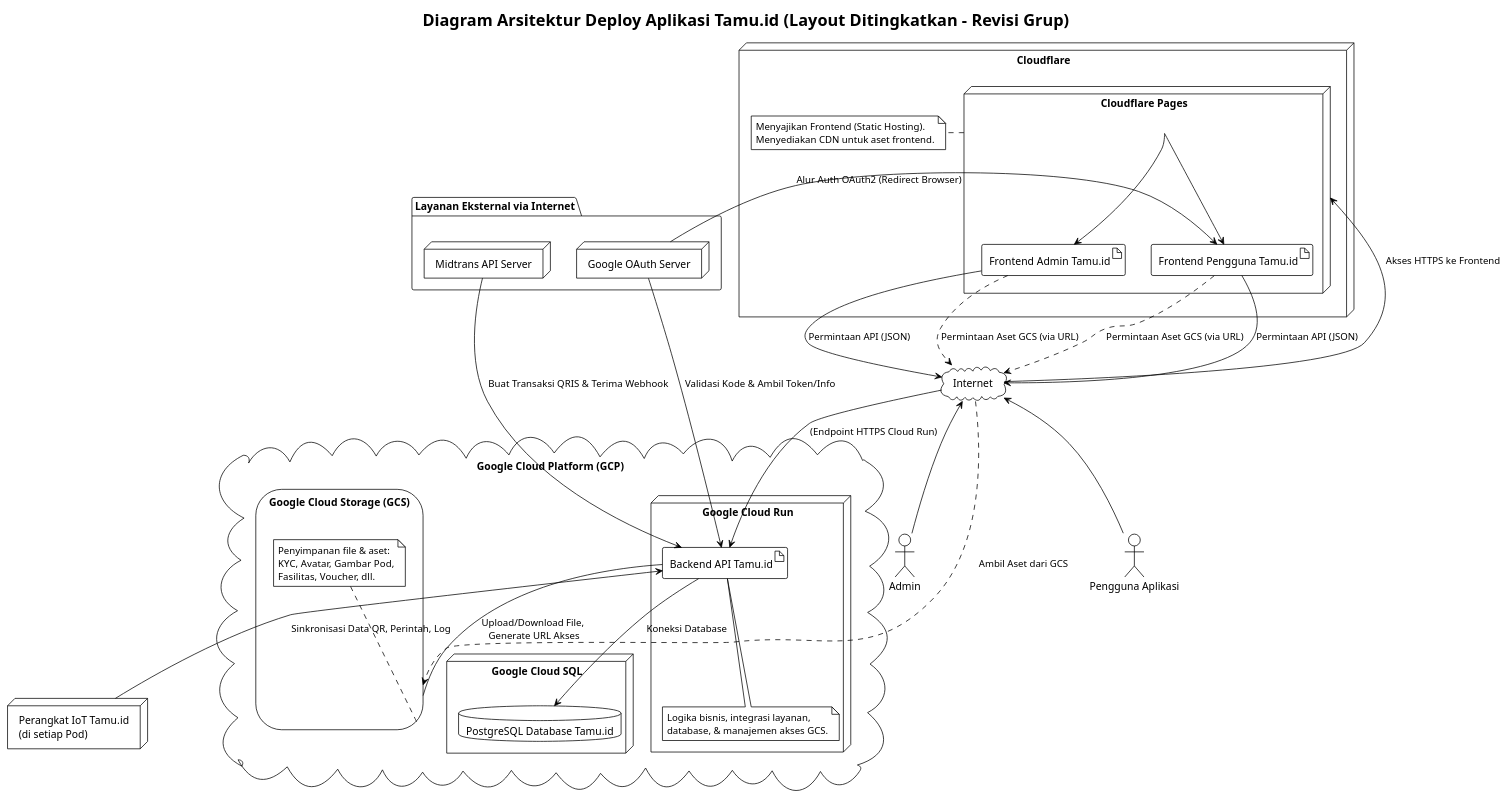
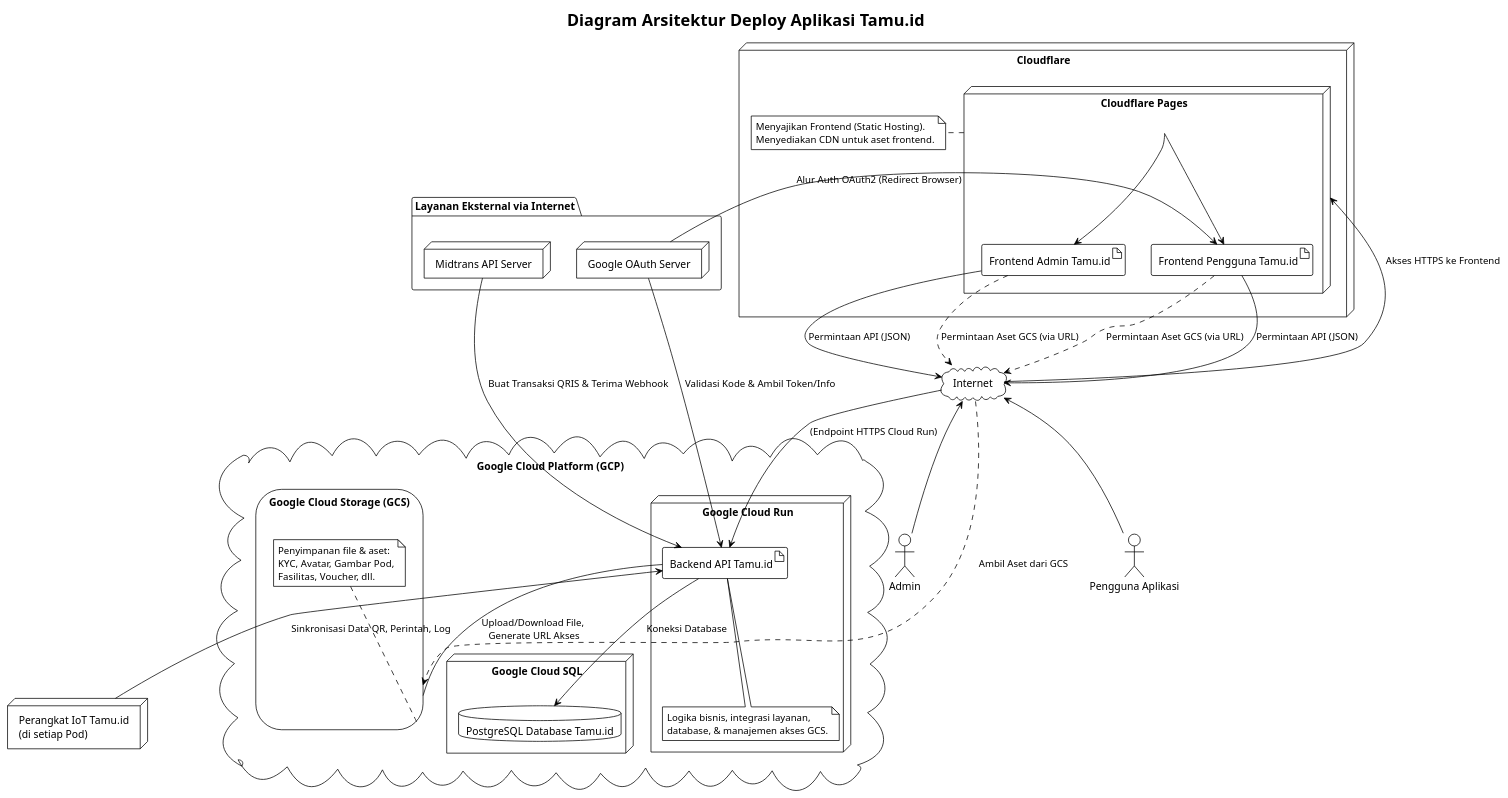
The diagram in diagram/raw/oth/deploy.plantuml (aliifam/final-project), drawn with PlantUML before and after one commit. The commit also changed 15 other files, not shown here.

```diff
--- a/diagram/raw/oth/deploy.plantuml
+++ b/diagram/raw/oth/deploy.plantuml
@@ -1,92 +1,92 @@
 @startuml
 !theme plain
 top to bottom direction
 
-title Diagram Arsitektur Deploy Aplikasi Tamu.id (Layout Ditingkatkan - Revisi Grup)
+title Diagram Arsitektur Deploy Aplikasi Tamu.id
 
 ' Aktor
 actor "Pengguna Aplikasi" as User
 actor "Admin" as AdminUser
 
 ' Internet sebagai media akses dan koneksi ke layanan eksternal
 cloud "Internet" as Internet
 
 ' Infrastruktur Frontend di Cloudflare
 node "Cloudflare" as CloudflarePlatform {
     node "Cloudflare Pages" as CFPages {
         artifact "Frontend Pengguna Tamu.id" as UserFE
         artifact "Frontend Admin Tamu.id" as AdminFE
     }
     note right of CFPages
         Menyajikan Frontend (Static Hosting).
         Menyediakan CDN untuk aset frontend.
     end note
 }
 
 ' Infrastruktur Backend, Database, dan Storage di Google Cloud Platform (GCP)
 cloud "Google Cloud Platform (GCP)" as GCP {
     node "Google Cloud Run" as CloudRunService {
         artifact "Backend API Tamu.id" as BackendAPI
         note as BackendApiNote
             Logika bisnis, integrasi layanan,
             database, & manajemen akses GCS.
         end note
         BackendAPI .. BackendApiNote
     }
     node "Google Cloud SQL" as CloudSQLInstance {
         database "PostgreSQL Database Tamu.id" as PostgresDB
     }
     storage "Google Cloud Storage (GCS)" as GCS {
         note top of GCS
             Penyimpanan file & aset:
             KYC, Avatar, Gambar Pod,
             Fasilitas, Voucher, dll.
         end note
     }
 }
 
 ' Layanan Eksternal (dikelompokkan untuk kerapian)
 package "Layanan Eksternal via Internet" { 
     node "Google OAuth Server" as GoogleOAuthServer
     node "Midtrans API Server" as MidtransAPIServer
 }
 
 node "Perangkat IoT Tamu.id\n(di setiap Pod)" as IoTDevice
 
 
 ' === Alur Utama Aplikasi ===
 User -up-> Internet
 AdminUser -up-> Internet
 Internet -down-> CFPages : Akses HTTPS ke Frontend
 
 CFPages -down-> UserFE
 CFPages -down-> AdminFE
 
 ' Interaksi Frontend dengan Backend
 UserFE -down-> Internet : Permintaan API (JSON)
 AdminFE -down-> Internet : Permintaan API (JSON)
 Internet -down-> BackendAPI : (Endpoint HTTPS Cloud Run)
 
 ' Interaksi Backend dengan GCP Services
 BackendAPI -down-> PostgresDB : Koneksi Database
 BackendAPI -- GCS : Upload/Download File, \nGenerate URL Akses
 
 ' Interaksi Frontend untuk mengakses Aset dari GCS
 UserFE .down.> Internet : Permintaan Aset GCS (via URL)
 AdminFE .down.> Internet : Permintaan Aset GCS (via URL)
 Internet .down.> GCS : Ambil Aset dari GCS
 
 
 ' === Integrasi dengan Layanan Eksternal ===
 
 ' 1. Google OAuth
 UserFE <-left- GoogleOAuthServer : Alur Auth OAuth2 (Redirect Browser)
 BackendAPI <-up- GoogleOAuthServer : Validasi Kode & Ambil Token/Info
 
 ' 2. Midtrans
 BackendAPI <-up- MidtransAPIServer : Buat Transaksi QRIS & Terima Webhook
 
 ' 3. Perangkat IoT
 BackendAPI <-down- IoTDevice : Sinkronisasi Data QR, Perintah, Log
 
 @enduml
```
